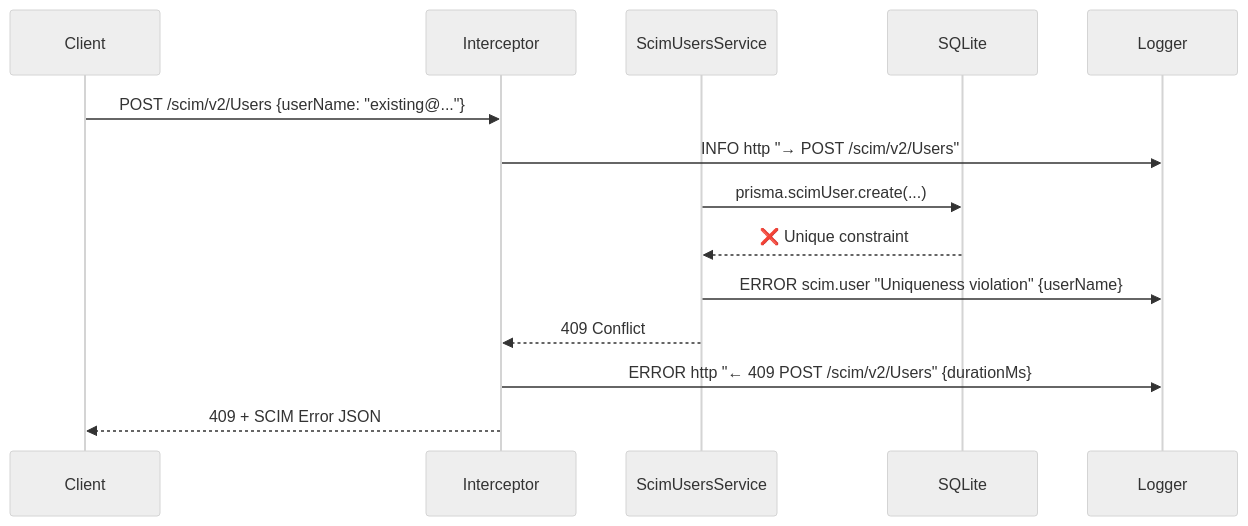
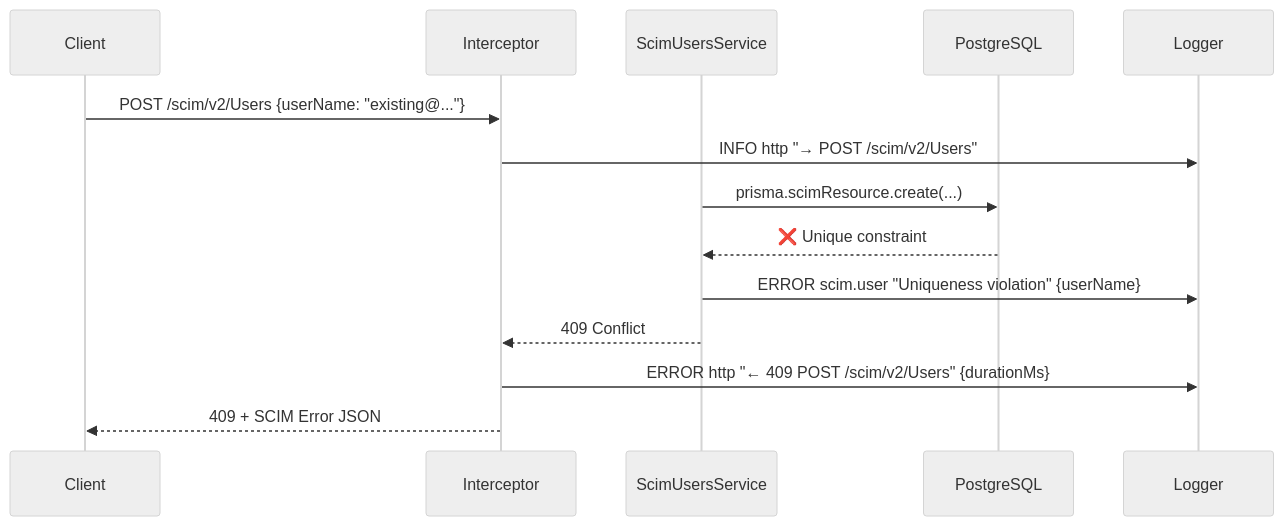
The third of 3 diagrams in docs/REMOTE_DEBUGGING_AND_DIAGNOSIS.md (pranems/SCIMServer), drawn with Mermaid (neutral theme) before and after one commit. The commit also changed other lines of this file and 64 other files, not shown here.

````diff
--- a/docs/REMOTE_DEBUGGING_AND_DIAGNOSIS.md
+++ b/docs/REMOTE_DEBUGGING_AND_DIAGNOSIS.md
@@ -849,17 +849,17 @@
 ```mermaid
 sequenceDiagram
     participant Client
     participant Interceptor
     participant Service as ScimUsersService
-    participant DB as SQLite
+    participant DB as PostgreSQL
     participant Logger
 
     Client->>Interceptor: POST /scim/v2/Users {userName: "existing@..."}
     Interceptor->>Logger: INFO http "→ POST /scim/v2/Users"
-    Service->>DB: prisma.scimUser.create(...)
+    Service->>DB: prisma.scimResource.create(...)
     DB-->>Service: ❌ Unique constraint
     Service->>Logger: ERROR scim.user "Uniqueness violation" {userName}
     Service-->>Interceptor: 409 Conflict
     Interceptor->>Logger: ERROR http "← 409 POST /scim/v2/Users" {durationMs}
     Interceptor-->>Client: 409 + SCIM Error JSON
 ```
````
